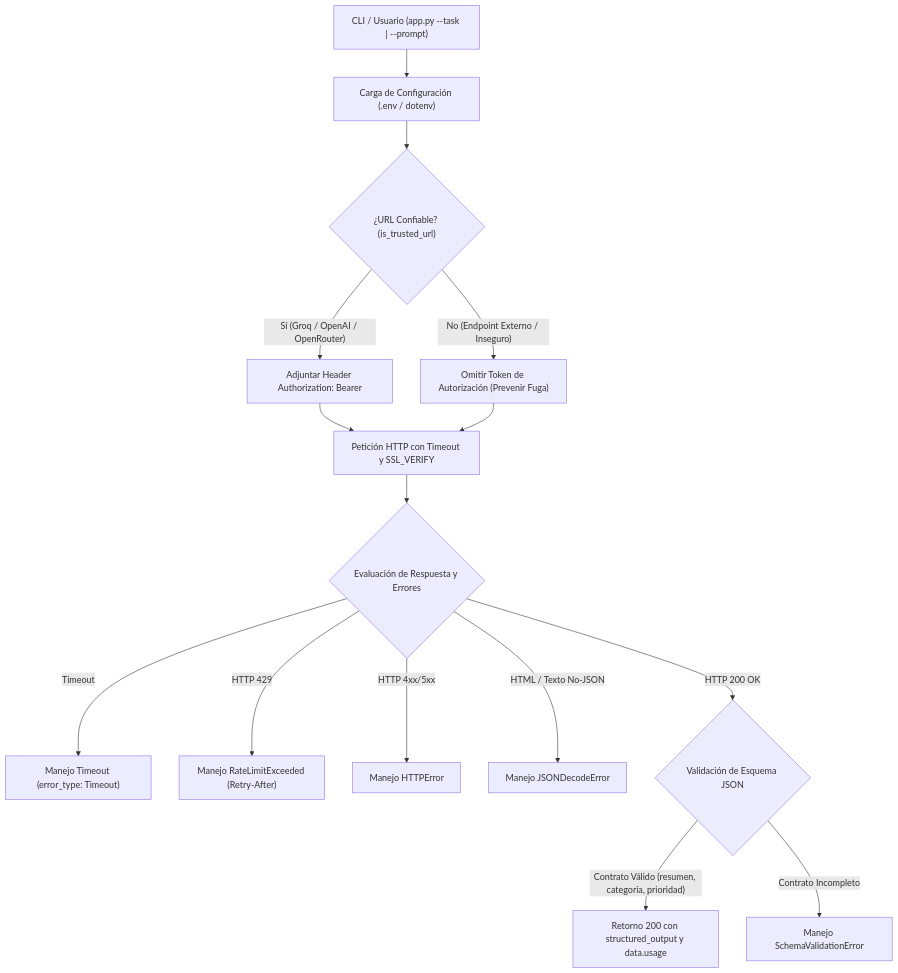
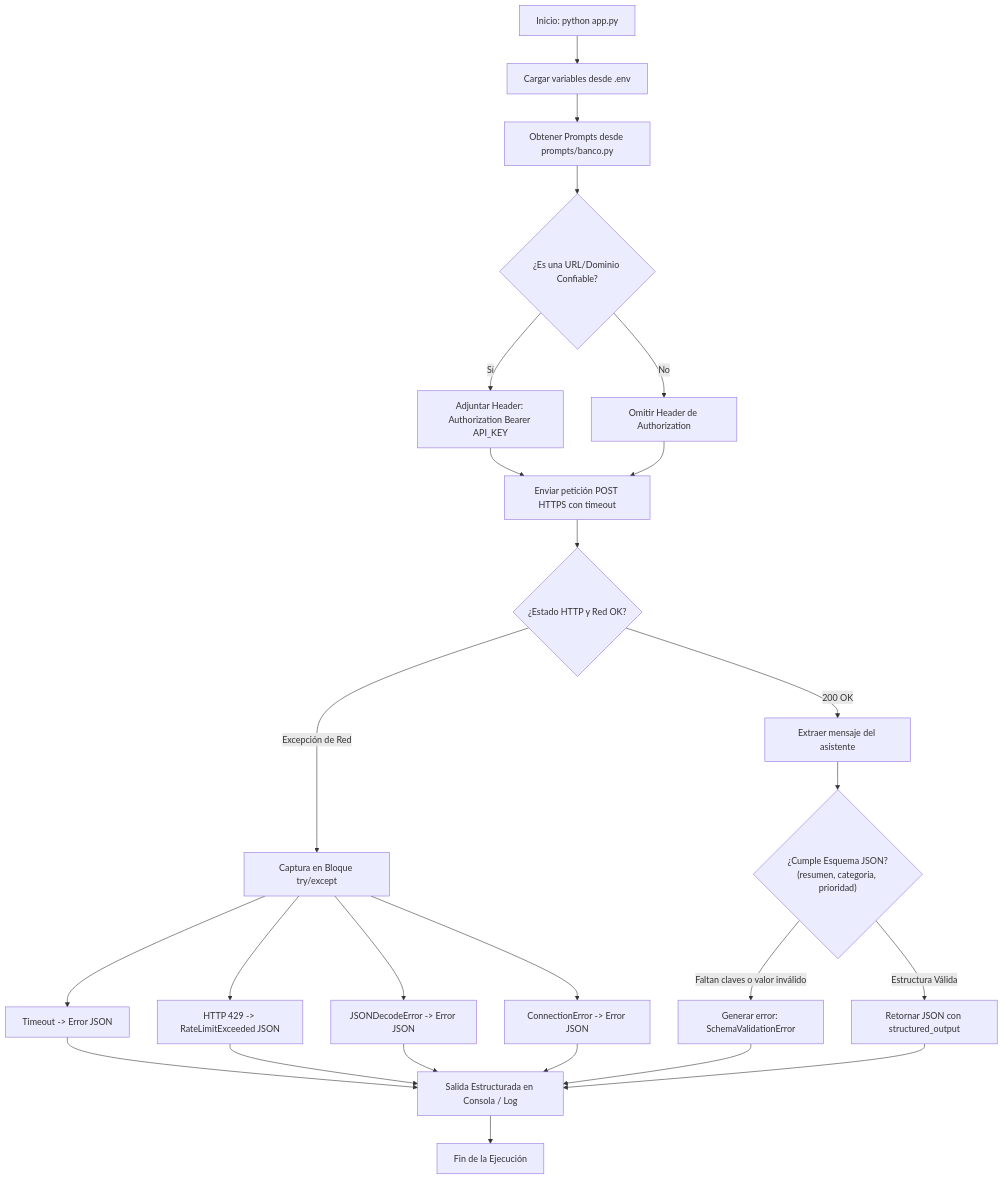
Before and after one commit to cfpdiaz/practicas_de_git: the second of 2 diagrams in README.md, drawn with Mermaid. The commit also changed other lines of this file, not shown here.

Commit message:
fix(docs): corrige sintaxis Mermaid en README para visualizacion en GitHub

````diff
--- a/README.md
+++ b/README.md
@@ -19,17 +71,34 @@
 ```mermaid
 flowchart TD
-    A["CLI / Usuario (app.py --task | --prompt)"] --> B["Carga de Configuración (.env / dotenv)"]
-    B --> C{"¿URL Confiable? (is_trusted_url)"}
-    C -- "Sí (Groq / OpenAI / OpenRouter)" --> D["Adjuntar Header Authorization: Bearer"]
-    C -- "No (Endpoint Externo / Inseguro)" --> E["Omitir Token de Autorización (Prevenir Fuga)"]
-    D --> F["Petición HTTP con Timeout y SSL_VERIFY"]
-    E --> F
-    F --> G{"Evaluación de Respuesta y Errores"}
-    G -- "Timeout" --> H["Manejo Timeout (error_type: Timeout)"]
-    G -- "HTTP 429" --> I["Manejo RateLimitExceeded (Retry-After)"]
-    G -- "HTTP 4xx/5xx" --> J["Manejo HTTPError"]
-    G -- "HTML / Texto No-JSON" --> K["Manejo JSONDecodeError"]
-    G -- "HTTP 200 OK" --> L{"Validación de Esquema JSON"}
-    L -- "Contrato Válido (resumen, categoria, prioridad)" --> M["Retorno 200 con structured_output y data.usage"]
-    L -- "Contrato Incompleto" --> N["Manejo SchemaValidationError"]
+    A["Inicio: python app.py"] --> B["Cargar variables desde .env"]
+    B --> C["Obtener Prompts desde prompts/banco.py"]
+    C --> D{"¿Es una URL/Dominio Confiable?"}
+
+    D -->|Sí| E["Adjuntar Header: Authorization Bearer API_KEY"]
+    D -->|No| F["Omitir Header de Authorization"]
+
+    E --> G["Enviar petición POST HTTPS con timeout"]
+    F --> G
+
+    G --> H{"¿Estado HTTP y Red OK?"}
+
+    H -->|Excepción de Red| I["Captura en Bloque try/except"]
+    I --> I1["Timeout -> Error JSON"]
+    I --> I2["HTTP 429 -> RateLimitExceeded JSON"]
+    I --> I3["JSONDecodeError -> Error JSON"]
+    I --> I4["ConnectionError -> Error JSON"]
+
+    H -->|200 OK| J["Extraer mensaje del asistente"]
+    J --> K{"¿Cumple Esquema JSON?<br>(resumen, categoria, prioridad)"}
+
+    K -->|Faltan claves o valor inválido| L["Generar error: SchemaValidationError"]
+    K -->|Estructura Válida| M["Retornar JSON con structured_output"]
+
+    I1 --> N["Salida Estructurada en Consola / Log"]
+    I2 --> N
+    I3 --> N
+    I4 --> N
+    L --> N
+    M --> N
+    N --> O["Fin de la Ejecución"]
 ```
````
